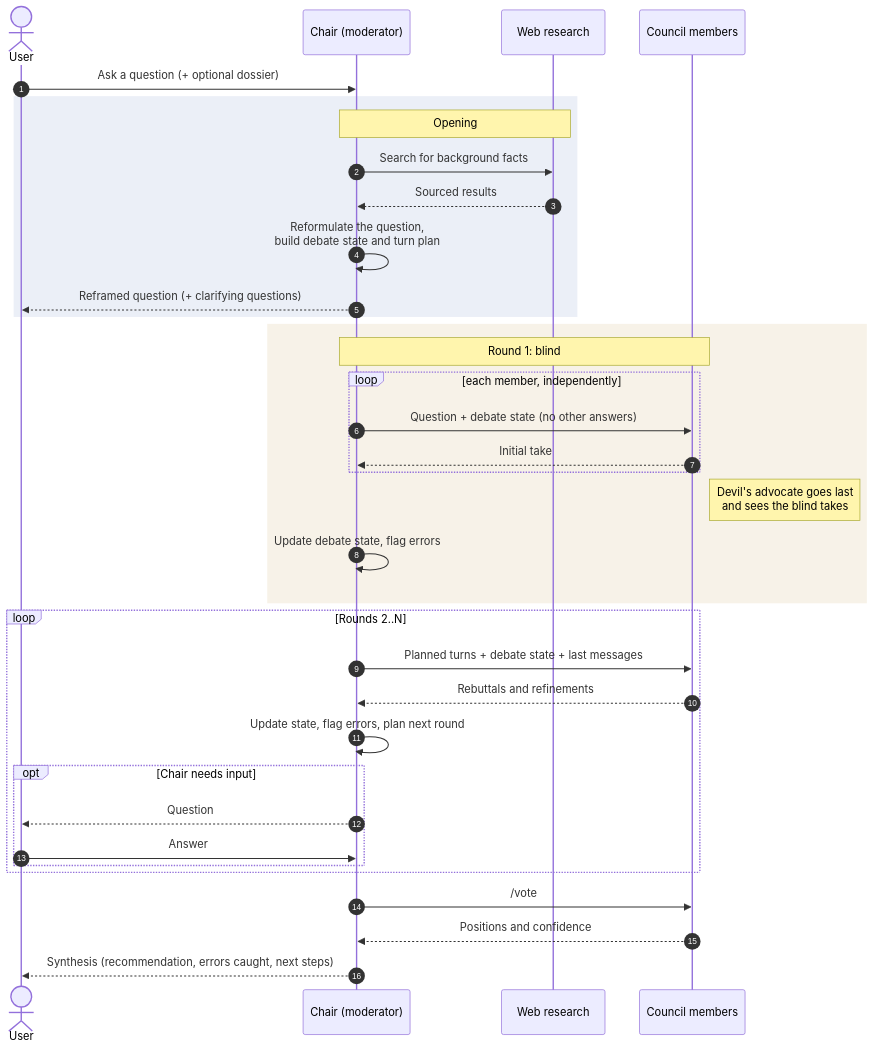
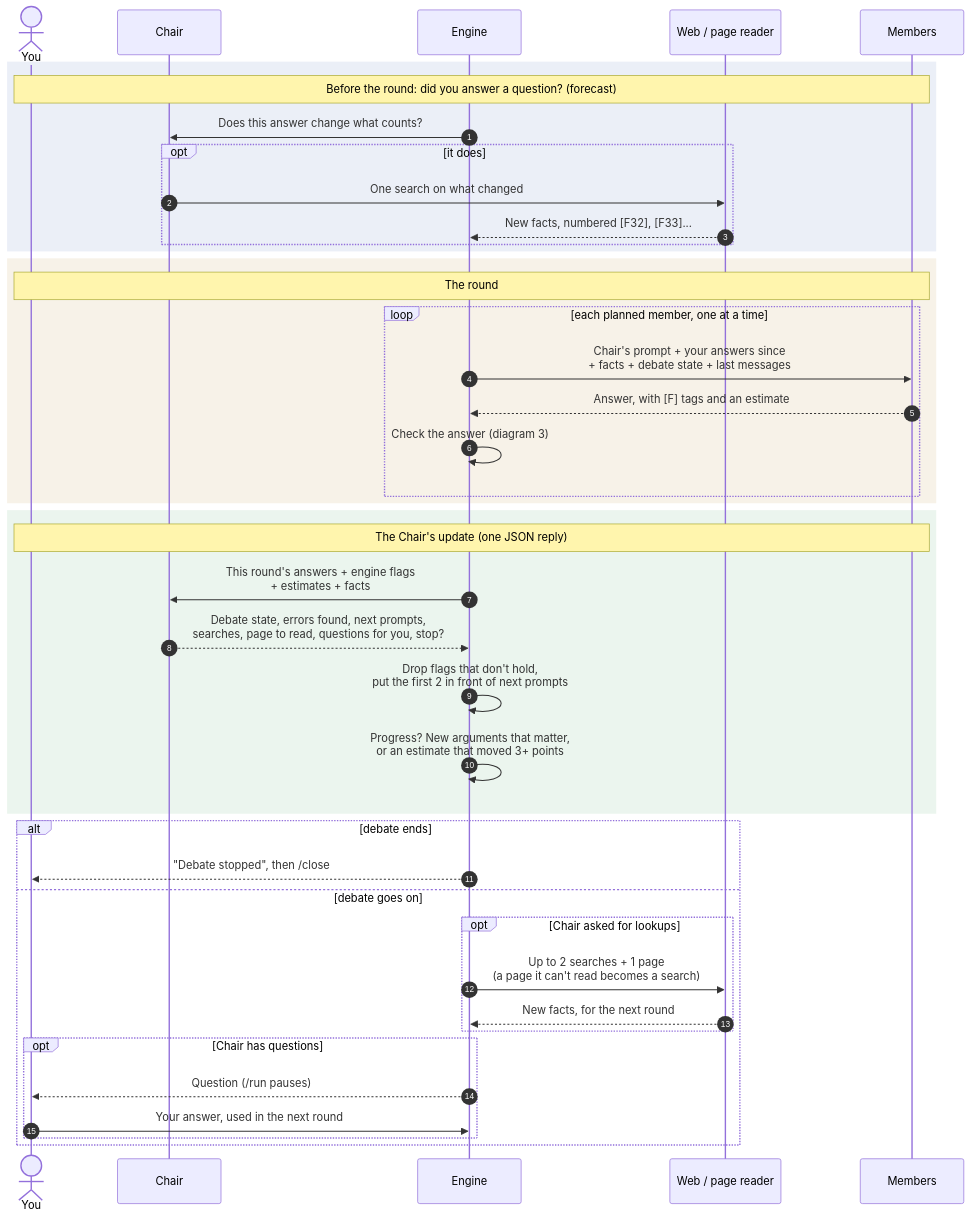
Before and after one commit to elthommy/privy-council: the second of 4 diagrams in docs/session-flow.md, drawn with Mermaid. The commit also changed other lines of this file and 19 other files, not shown here.

First line of the commit message:
feat(engine): show every fact to small models, carry user answers, judge moved estimates

````diff
--- a/docs/session-flow.md
+++ b/docs/session-flow.md
@@ -6,42 +31,48 @@
 ```mermaid
 sequenceDiagram
     autonumber
-    actor User
-    participant Chair as Chair (moderator)
-    participant Web as Web research
-    participant Members as Council members
-
-    User->>Chair: Ask a question (+ optional dossier)
+    actor You
+    participant Chair
+    participant Engine
+    participant Web as Web / page reader
+    participant Seats as Members
 
     rect rgba(120,150,200,0.15)
-    note over Chair,Web: Opening
-    Chair->>Web: Search for background facts
-    Web-->>Chair: Sourced results
-    Chair->>Chair: Reformulate the question,<br/>build debate state and turn plan
-    Chair-->>User: Reframed question (+ clarifying questions)
+    note over You,Seats: Before the round: did you answer a question? (forecast)
+    Engine->>Chair: Does this answer change what counts?
+    opt it does
+        Chair->>Web: One search on what changed
+        Web-->>Engine: New facts, numbered [F32], [F33]...
+    end
     end
 
     rect rgba(200,170,100,0.15)
-    note over Chair,Members: Round 1: blind
-    loop each member, independently
-        Chair->>Members: Question + debate state (no other answers)
-        Members-->>Chair: Initial take
+    note over You,Seats: The round
+    loop each planned member, one at a time
+        Engine->>Seats: Chair's prompt + your answers since<br/>+ facts + debate state + last messages
+        Seats-->>Engine: Answer, with [F] tags and an estimate
+        Engine->>Engine: Check the answer (diagram 3)
     end
-    note right of Members: Devil's advocate goes last<br/>and sees the blind takes
-    Chair->>Chair: Update debate state, flag errors
     end
 
-    loop Rounds 2..N
-        Chair->>Members: Planned turns + debate state + last messages
-        Members-->>Chair: Rebuttals and refinements
-        Chair->>Chair: Update state, flag errors, plan next round
-        opt Chair needs input
-            Chair-->>User: Question
-            User->>Chair: Answer
+    rect rgba(120,190,140,0.15)
+    note over You,Seats: The Chair's update (one JSON reply)
+    Engine->>Chair: This round's answers + engine flags<br/>+ estimates + facts
+    Chair-->>Engine: Debate state, errors found, next prompts,<br/>searches, page to read, questions for you, stop?
+    Engine->>Engine: Drop flags that don't hold,<br/>put the first 2 in front of next prompts
+    Engine->>Engine: Progress? New arguments that matter,<br/>or an estimate that moved 3+ points
+    end
+
+    alt debate ends
+        Engine-->>You: "Debate stopped", then /close
+    else debate goes on
+        opt Chair asked for lookups
+            Engine->>Web: Up to 2 searches + 1 page<br/>(a page it can't read becomes a search)
+            Web-->>Engine: New facts, for the next round
+        end
+        opt Chair has questions
+            Engine-->>You: Question (/run pauses)
+            You->>Engine: Your answer, used in the next round
         end
     end
-
-    Chair->>Members: /vote
-    Members-->>Chair: Positions and confidence
-    Chair-->>User: Synthesis (recommendation, errors caught, next steps)
 ```
````
